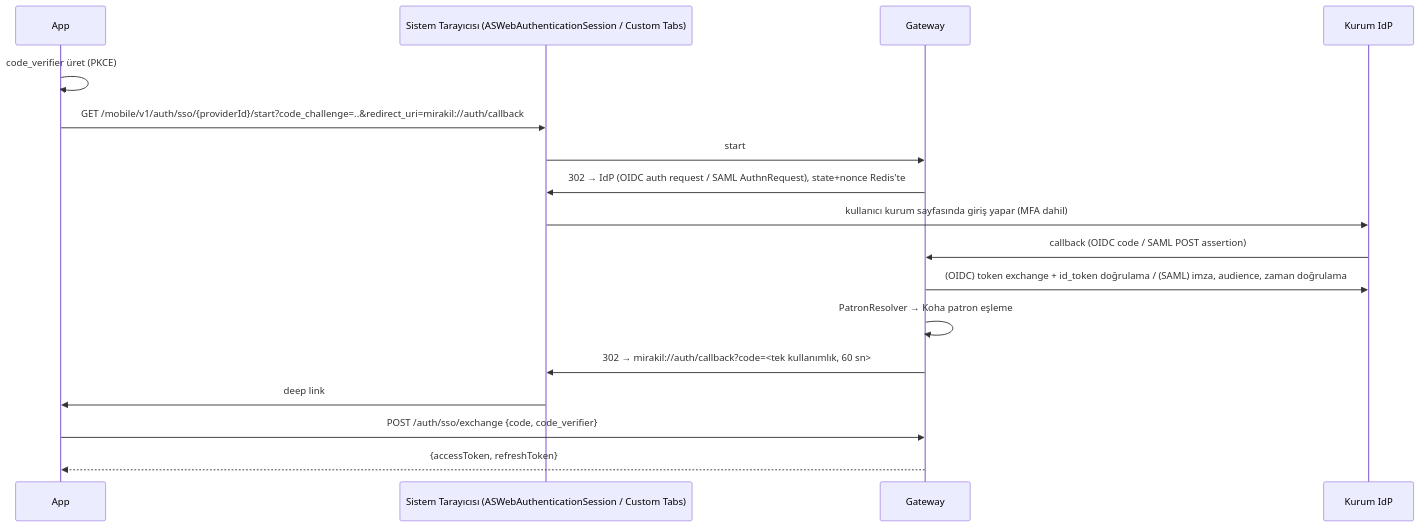
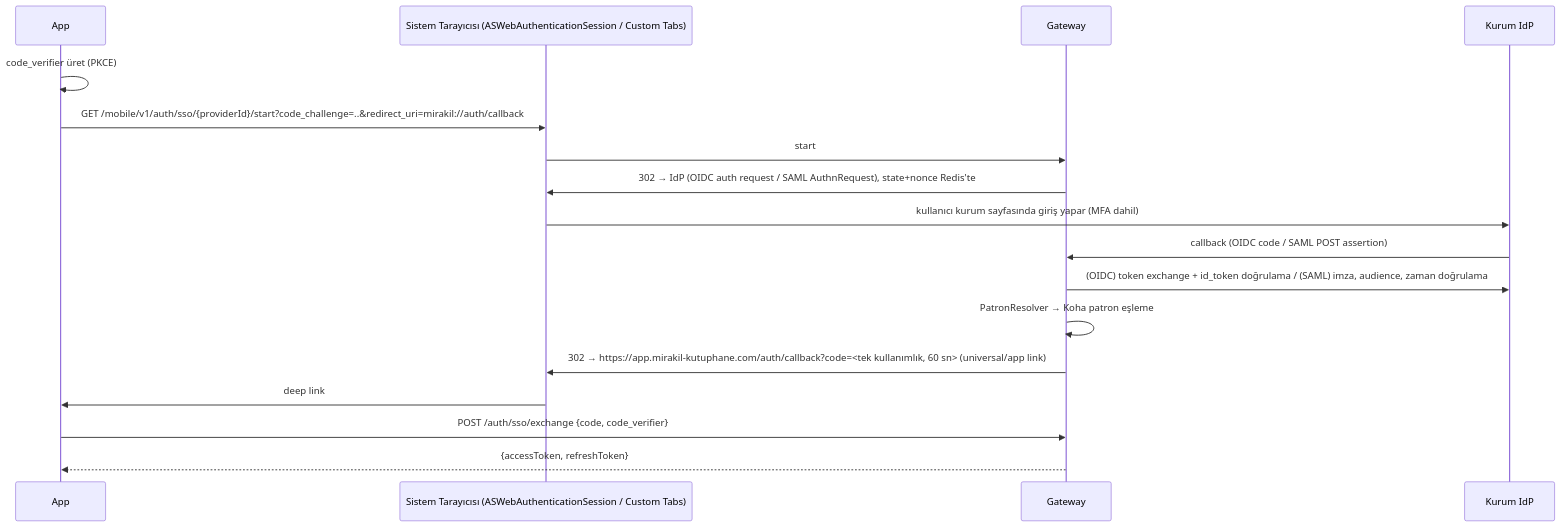
One commit to mehmetfatruk/kohamobil changed the third of 3 diagrams in docs/AUTHENTICATION.md. Above: the diagram before and after it, drawn with Mermaid. The commit also changed other lines of this file and 9 other files, not shown here.

````diff
--- a/docs/AUTHENTICATION.md
+++ b/docs/AUTHENTICATION.md
@@ -181,19 +181,19 @@
 ```mermaid
 sequenceDiagram
   participant App
   participant Browser as Sistem Tarayıcısı (ASWebAuthenticationSession / Custom Tabs)
   participant GW as Gateway
   participant IdP as Kurum IdP
   App->>App: code_verifier üret (PKCE)
   App->>Browser: GET /mobile/v1/auth/sso/{providerId}/start?code_challenge=..&redirect_uri=mirakil://auth/callback
   Browser->>GW: start
   GW->>Browser: 302 → IdP (OIDC auth request / SAML AuthnRequest), state+nonce Redis'te
   Browser->>IdP: kullanıcı kurum sayfasında giriş yapar (MFA dahil)
   IdP->>GW: callback (OIDC code / SAML POST assertion)
   GW->>IdP: (OIDC) token exchange + id_token doğrulama / (SAML) imza, audience, zaman doğrulama
   GW->>GW: PatronResolver → Koha patron eşleme
-  GW->>Browser: 302 → mirakil://auth/callback?code=<tek kullanımlık, 60 sn>
+  GW->>Browser: 302 → https://app.mirakil-kutuphane.com/auth/callback?code=<tek kullanımlık, 60 sn> (universal/app link)
   Browser->>App: deep link
   App->>GW: POST /auth/sso/exchange {code, code_verifier}
   GW-->>App: {accessToken, refreshToken}
 ```
````
